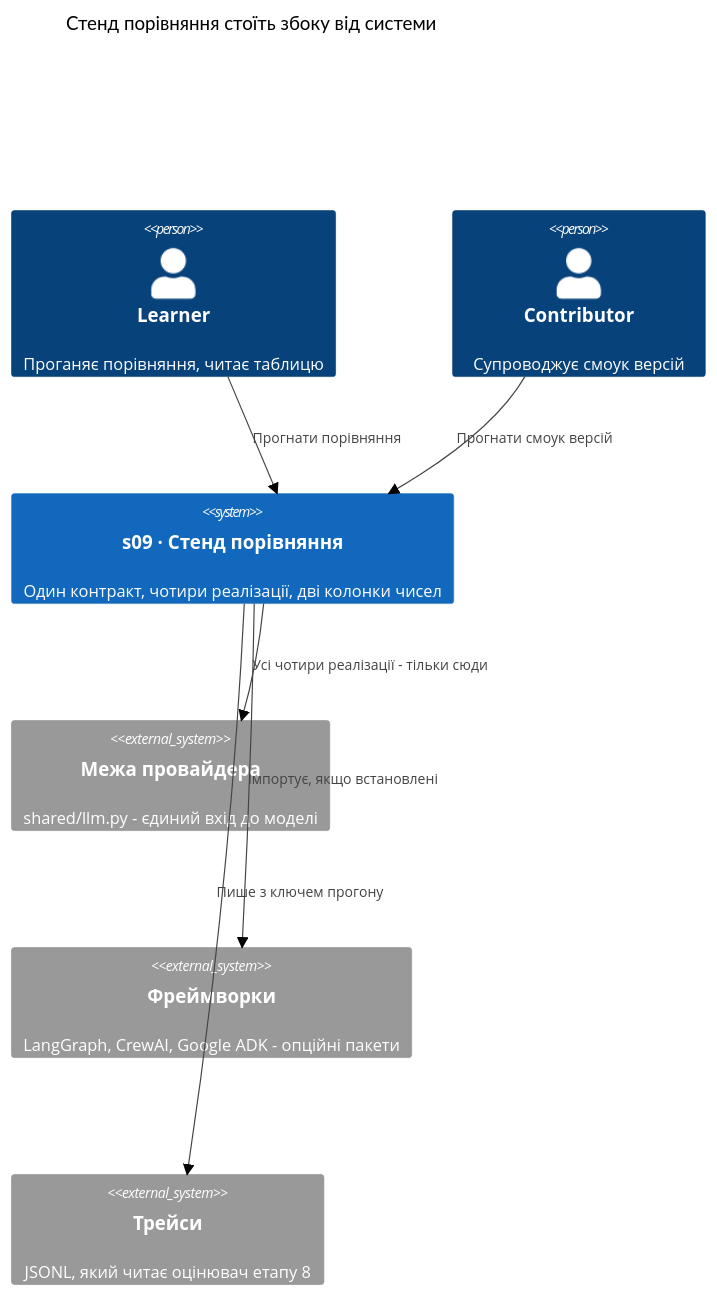
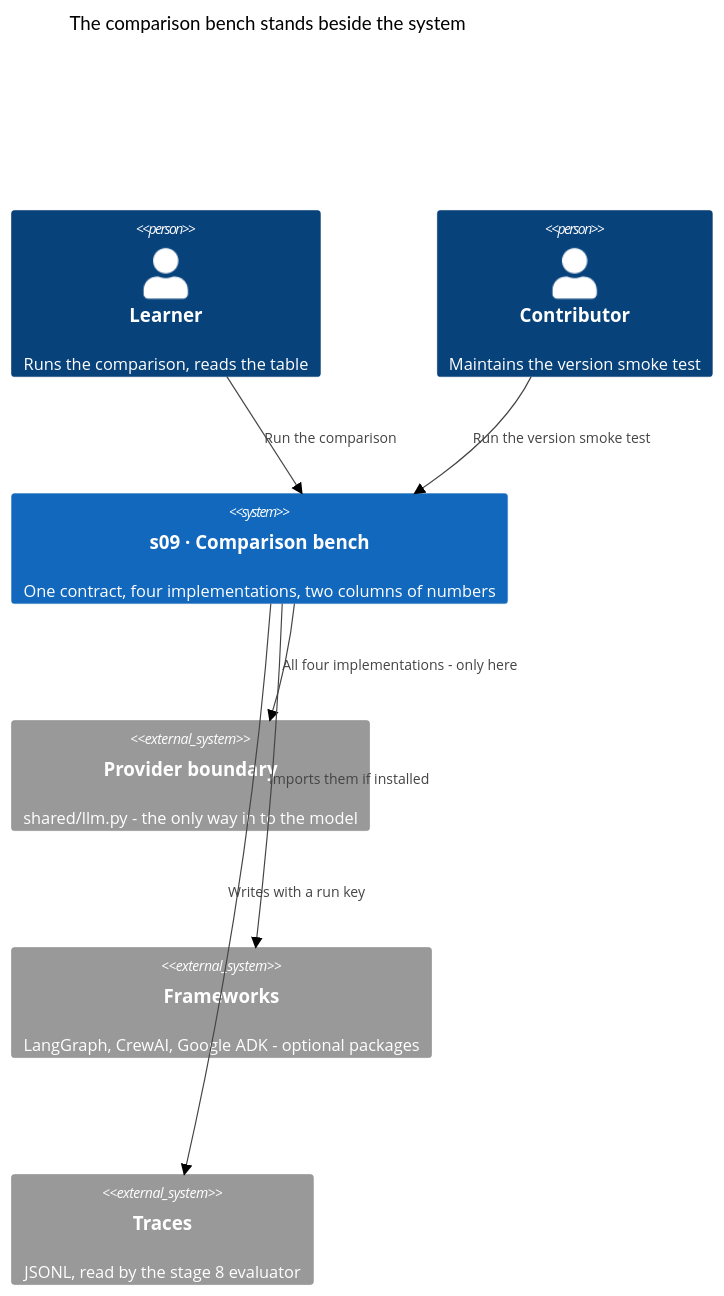
The first of 5 diagrams in docs/features/s09-frameworks/sad.md (AZANIR/agentic-ai), drawn with Mermaid (forest theme) before and after one commit. The commit also changed other lines of this file and 245 other files, not shown here.

````diff
--- a/docs/features/s09-frameworks/sad.md
+++ b/docs/features/s09-frameworks/sad.md
@@ -54,18 +56,18 @@
 ```mermaid
 C4Context
-    title Стенд порівняння стоїть збоку від системи
+    title The comparison bench stands beside the system
 
-    Person(learner, "Learner", "Проганяє порівняння, читає таблицю")
-    Person(contributor, "Contributor", "Супроводжує смоук версій")
+    Person(learner, "Learner", "Runs the comparison, reads the table")
+    Person(contributor, "Contributor", "Maintains the version smoke test")
 
-    System(bench, "s09 · Стенд порівняння", "Один контракт, чотири реалізації, дві колонки чисел")
-    System_Ext(llm, "Межа провайдера", "shared/llm.py - єдиний вхід до моделі")
-    System_Ext(frameworks, "Фреймворки", "LangGraph, CrewAI, Google ADK - опційні пакети")
-    System_Ext(traces, "Трейси", "JSONL, який читає оцінювач етапу 8")
+    System(bench, "s09 · Comparison bench", "One contract, four implementations, two columns of numbers")
+    System_Ext(llm, "Provider boundary", "shared/llm.py - the only way in to the model")
+    System_Ext(frameworks, "Frameworks", "LangGraph, CrewAI, Google ADK - optional packages")
+    System_Ext(traces, "Traces", "JSONL, read by the stage 8 evaluator")
 
-    Rel(learner, bench, "Прогнати порівняння")
-    Rel(contributor, bench, "Прогнати смоук версій")
-    Rel(bench, llm, "Усі чотири реалізації - тільки сюди")
-    Rel(bench, frameworks, "Імпортує, якщо встановлені")
-    Rel(bench, traces, "Пише з ключем прогону")
+    Rel(learner, bench, "Run the comparison")
+    Rel(contributor, bench, "Run the version smoke test")
+    Rel(bench, llm, "All four implementations - only here")
+    Rel(bench, frameworks, "Imports them if installed")
+    Rel(bench, traces, "Writes with a run key")
 ```
````
